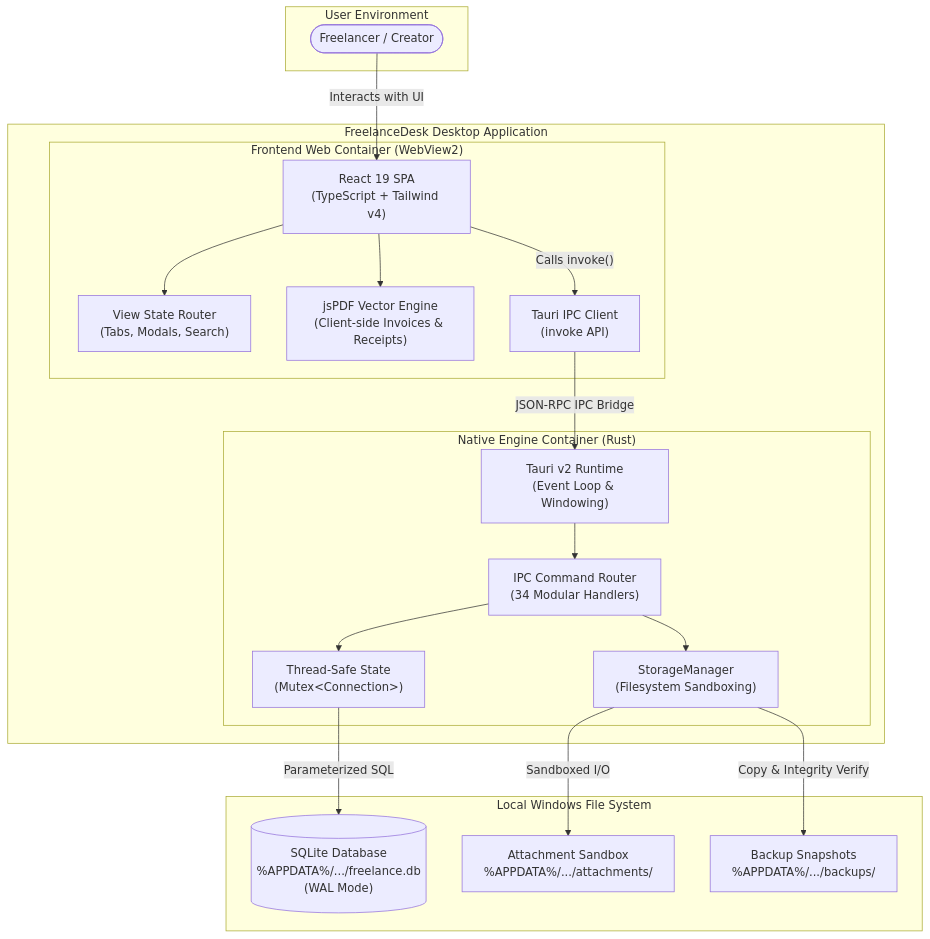
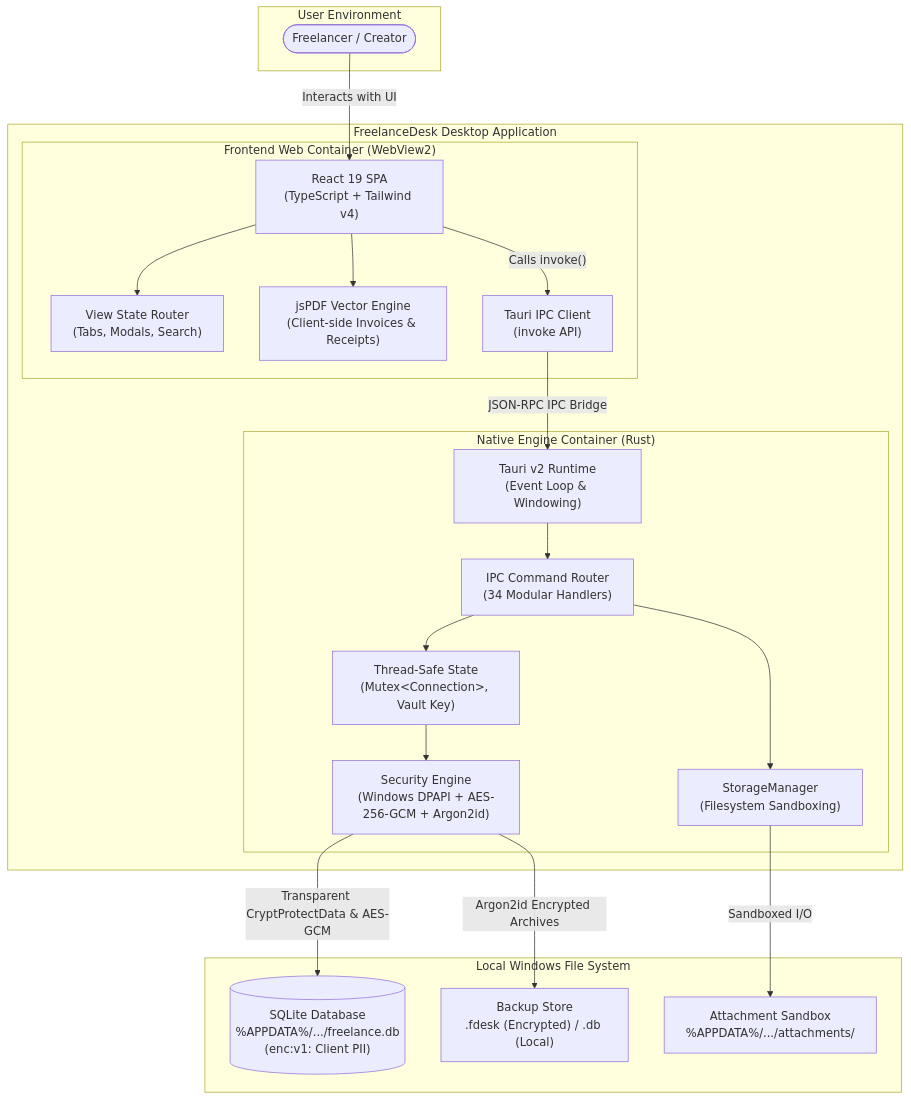
One commit to carlodandan/freelancedesk changed the first of 4 diagrams in docs/ARCHITECTURE.md. Above: the diagram before and after it, drawn with Mermaid. The commit also changed other lines of this file and 65 other files, not shown here.

First line of the commit message:
Release v0.0.2: Client Data Encryption, Portable Disaster Recovery, and Brand Identity

````diff
--- a/docs/ARCHITECTURE.md
+++ b/docs/ARCHITECTURE.md
@@ -20,42 +20,43 @@
 ```mermaid
 graph TB
     subgraph UserSpace ["User Environment"]
         User(["Freelancer / Creator"])
     end
 
     subgraph DesktopApp ["FreelanceDesk Desktop Application"]
         subgraph Frontend ["Frontend Web Container (WebView2)"]
             ReactApp["React 19 SPA<br/>(TypeScript + Tailwind v4)"]
             Router["View State Router<br/>(Tabs, Modals, Search)"]
             PDFGen["jsPDF Vector Engine<br/>(Client-side Invoices & Receipts)"]
             IPCClient["Tauri IPC Client<br/>(invoke API)"]
         end
 
         subgraph Backend ["Native Engine Container (Rust)"]
             TauriCore["Tauri v2 Runtime<br/>(Event Loop & Windowing)"]
             CmdRouter["IPC Command Router<br/>(34 Modular Handlers)"]
-            AppState["Thread-Safe State<br/>(Mutex&lt;Connection&gt;)"]
+            AppState["Thread-Safe State<br/>(Mutex&lt;Connection&gt;, Vault Key)"]
             Storage["StorageManager<br/>(Filesystem Sandboxing)"]
+            SecurityModule["Security Engine<br/>(Windows DPAPI + AES-256-GCM + Argon2id)"]
         end
     end
 
     subgraph OSFileSystem ["Local Windows File System"]
-        DBFile[("SQLite Database<br/>%APPDATA%/.../freelance.db<br/>(WAL Mode)")]
+        DBFile[("SQLite Database<br/>%APPDATA%/.../freelance.db<br/>(enc:v1: Client PII)")]
         AttachmentStore["Attachment Sandbox<br/>%APPDATA%/.../attachments/"]
-        BackupStore["Backup Snapshots<br/>%APPDATA%/.../backups/"]
+        BackupStore["Backup Store<br/>.fdesk (Encrypted) / .db (Local)"]
     end
 
     User -->|"Interacts with UI"| ReactApp
     ReactApp --> Router
     ReactApp --> PDFGen
     ReactApp -->|"Calls invoke()"| IPCClient
 
     IPCClient -->|"JSON-RPC IPC Bridge"| TauriCore
     TauriCore --> CmdRouter
     CmdRouter --> AppState
     CmdRouter --> Storage
-
-    AppState -->|"Parameterized SQL"| DBFile
+    AppState --> SecurityModule
+    SecurityModule -->|"Transparent CryptProtectData & AES-GCM"| DBFile
+    SecurityModule -->|"Argon2id Encrypted Archives"| BackupStore
     Storage -->|"Sandboxed I/O"| AttachmentStore
-    Storage -->|"Copy & Integrity Verify"| BackupStore
 ```
````
